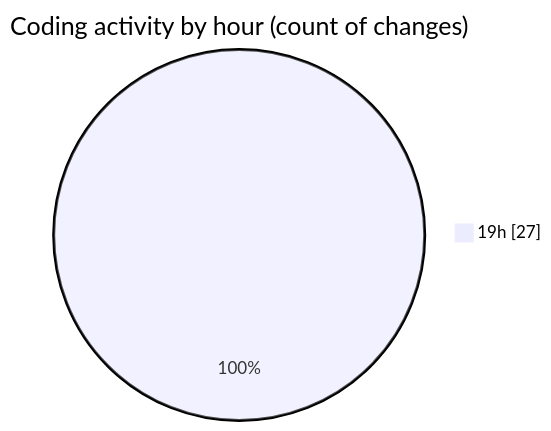
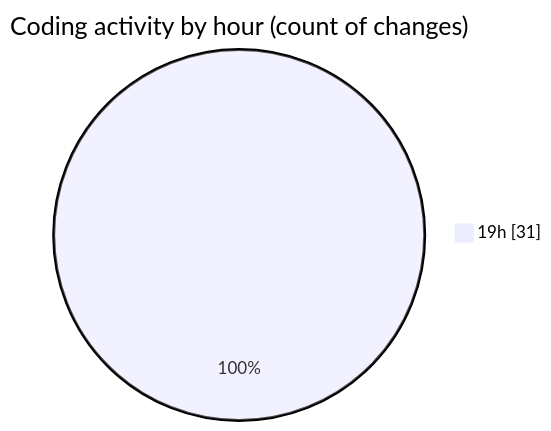
Before and after one commit to momahboobian/code-tracking: the second of 2 diagrams in 2026-06-16/cda/README.md, drawn with Mermaid. The commit also changed other lines of this file and 1 other file, not shown here.

````diff
--- a/2026-06-16/cda/README.md
+++ b/2026-06-16/cda/README.md
@@ -45,5 +45,5 @@
 ```mermaid
 pie showData
 title Coding activity by hour (count of changes)
-"19h" : 27
+"19h" : 31
 ```
````
